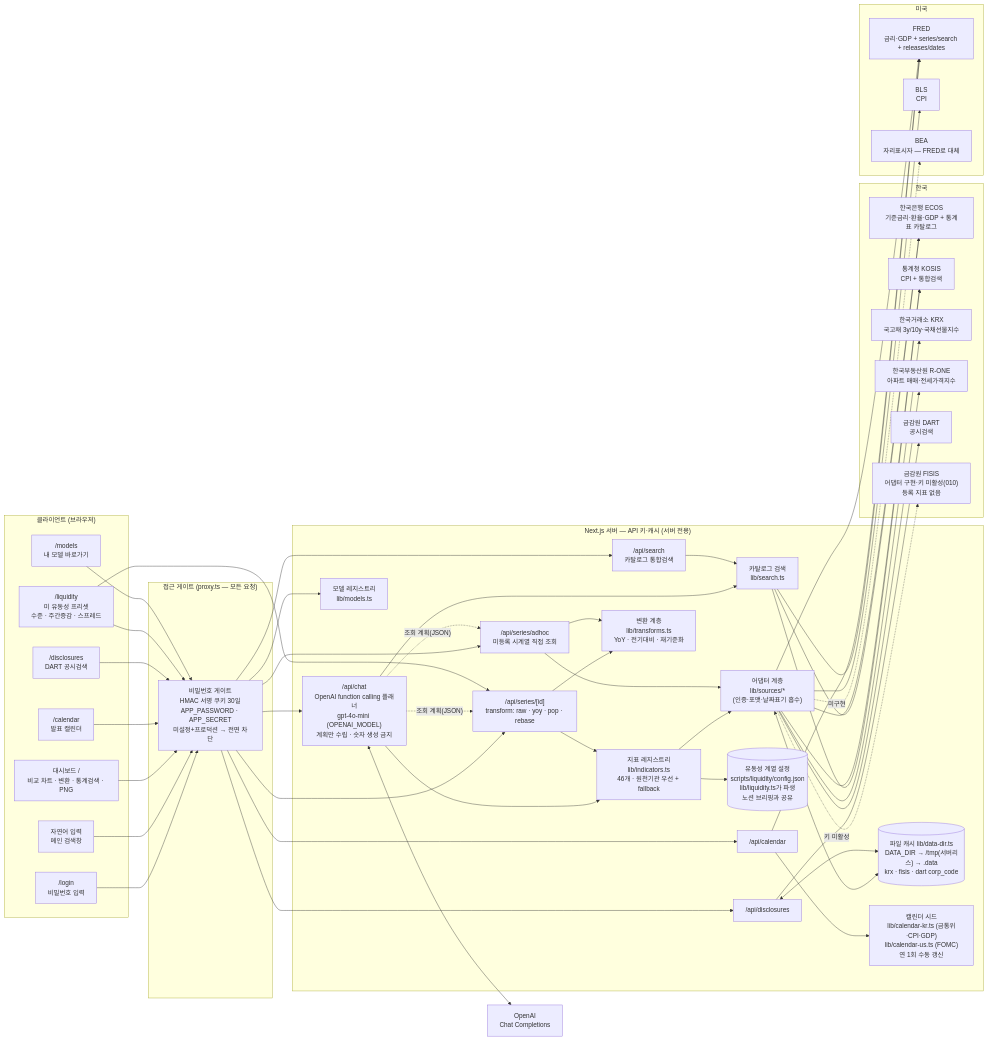
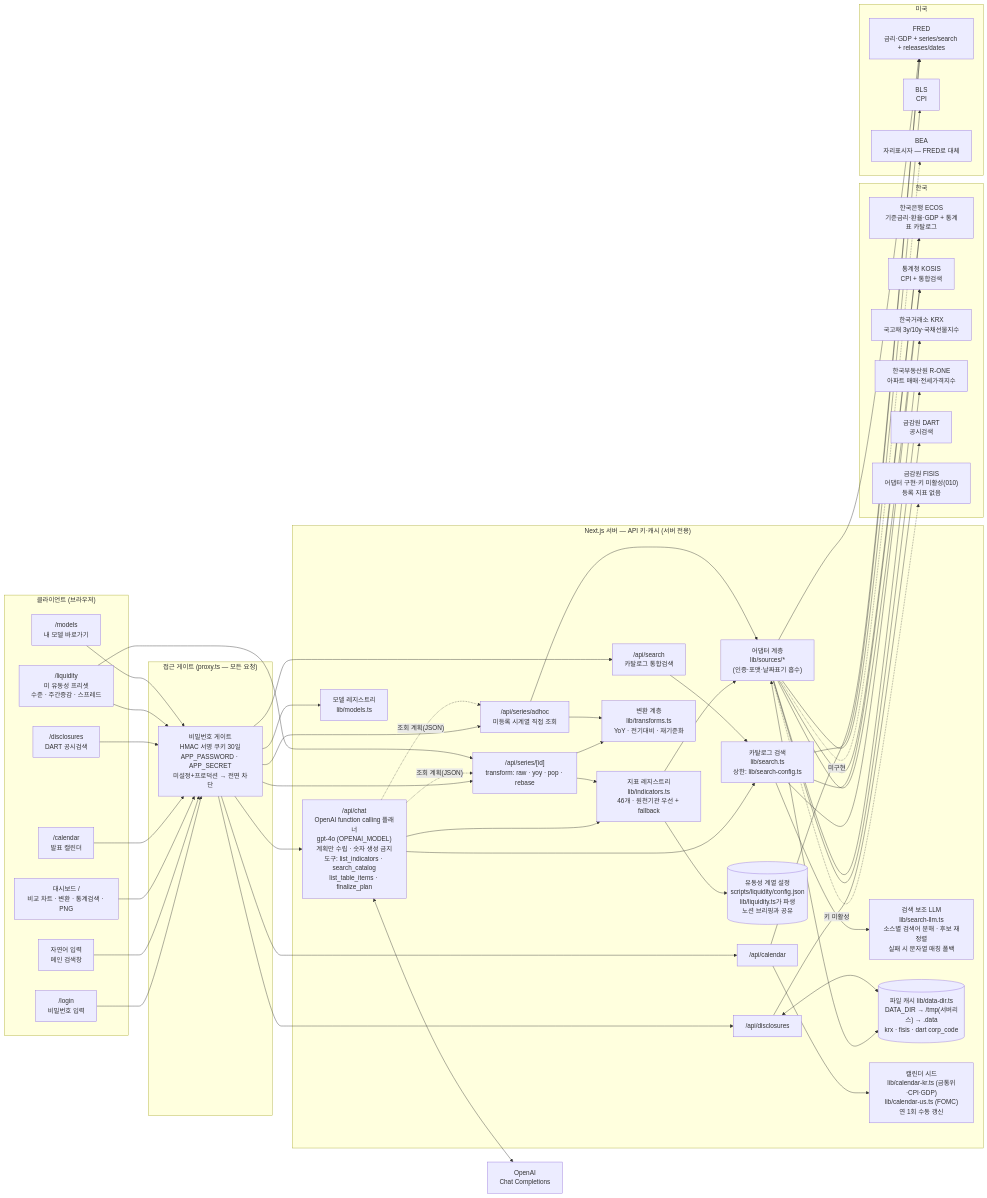
One commit to zzeonso1-ssonim/report-studio changed the diagram in docs/ARCHITECTURE.md. Above: the diagram before and after it, drawn with Mermaid. The commit also changed other lines of this file and 18 other files, not shown here.

```diff
--- a/docs/ARCHITECTURE.md
+++ b/docs/ARCHITECTURE.md
@@ -19,7 +19,7 @@
   end
 
   subgraph SERVER["Next.js 서버 — API 키·캐시 (서버 전용)"]
-    CHAT["/api/chat<br/>OpenAI function calling 플래너<br/>gpt-4o-mini (OPENAI_MODEL)<br/>계획만 수립 · 숫자 생성 금지"]
+    CHAT["/api/chat<br/>OpenAI function calling 플래너<br/>gpt-4o (OPENAI_MODEL)<br/>계획만 수립 · 숫자 생성 금지<br/>도구: list_indicators · search_catalog<br/>list_table_items · finalize_plan"]
     SER["/api/series/[id]<br/>transform: raw · yoy · pop · rebase"]
     ADHOC["/api/series/adhoc<br/>미등록 시계열 직접 조회"]
     SRCH["/api/search<br/>카탈로그 통합검색"]
@@ -28,7 +28,8 @@
     REG["지표 레지스트리<br/>lib/indicators.ts<br/>46개 · 원천기관 우선 + fallback"]
     LIQCFG[("유동성 계열 설정<br/>scripts/liquidity/config.json<br/>lib/liquidity.ts가 파생<br/>노션 브리핑과 공유")]
     TR["변환 계층<br/>lib/transforms.ts<br/>YoY · 전기대비 · 재기준화"]
-    SRCHLIB["카탈로그 검색<br/>lib/search.ts"]
+    SRCHLIB["카탈로그 검색<br/>lib/search.ts<br/>상한: lib/search-config.ts"]
+    SRCHLLM["검색 보조 LLM<br/>lib/search-llm.ts<br/>소스별 검색어 분해 · 후보 재정렬<br/>실패 시 문자열 매칭 폴백"]
     AD["어댑터 계층<br/>lib/sources/*<br/>(인증·포맷·날짜표기 흡수)"]
     CACHE[("파일 캐시 lib/data-dir.ts<br/>DATA_DIR → /tmp(서버리스) → .data<br/>krx · fisis · dart corp_code")]
     SEED["캘린더 시드<br/>lib/calendar-kr.ts (금통위·CPI·GDP)<br/>lib/calendar-us.ts (FOMC)<br/>연 1회 수동 갱신"]
@@ -82,6 +83,7 @@
   SRCH --> SRCHLIB
   REG --> AD
   ADHOC --> AD
+  SRCHLIB --> SRCHLLM
   SRCHLIB --> ECOS
   SRCHLIB --> KOSIS
   SRCHLIB --> FRED
```
